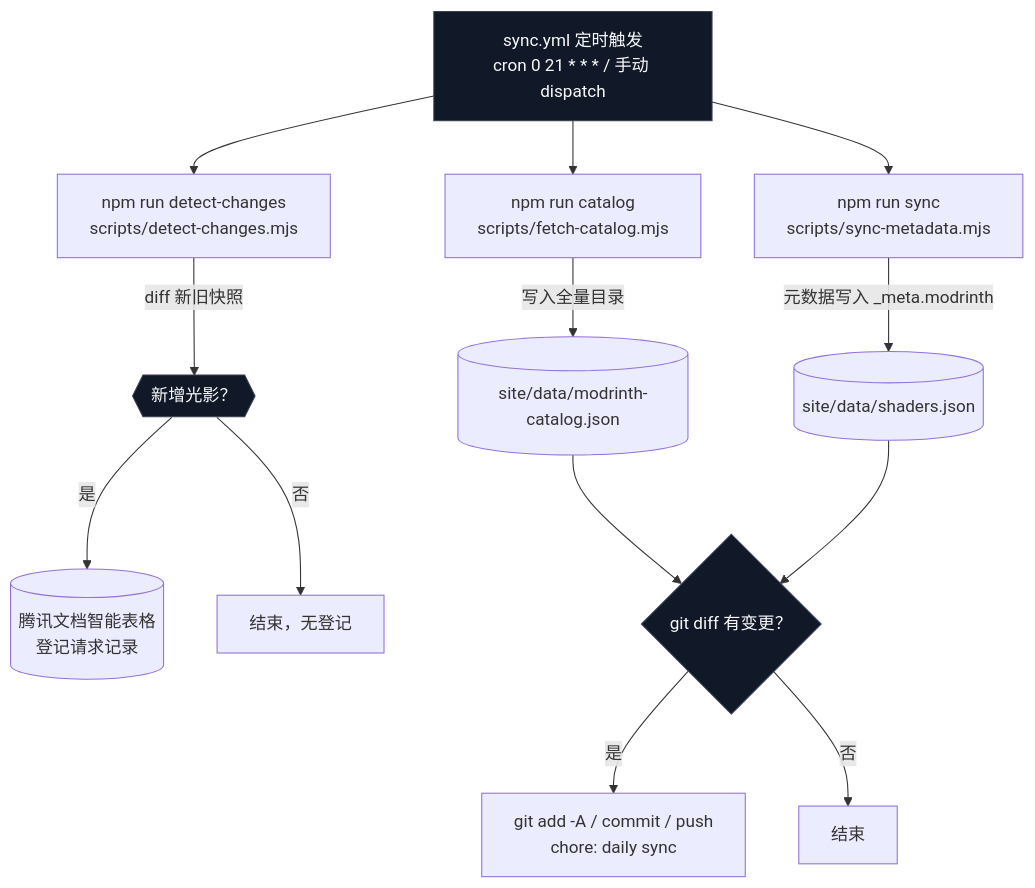
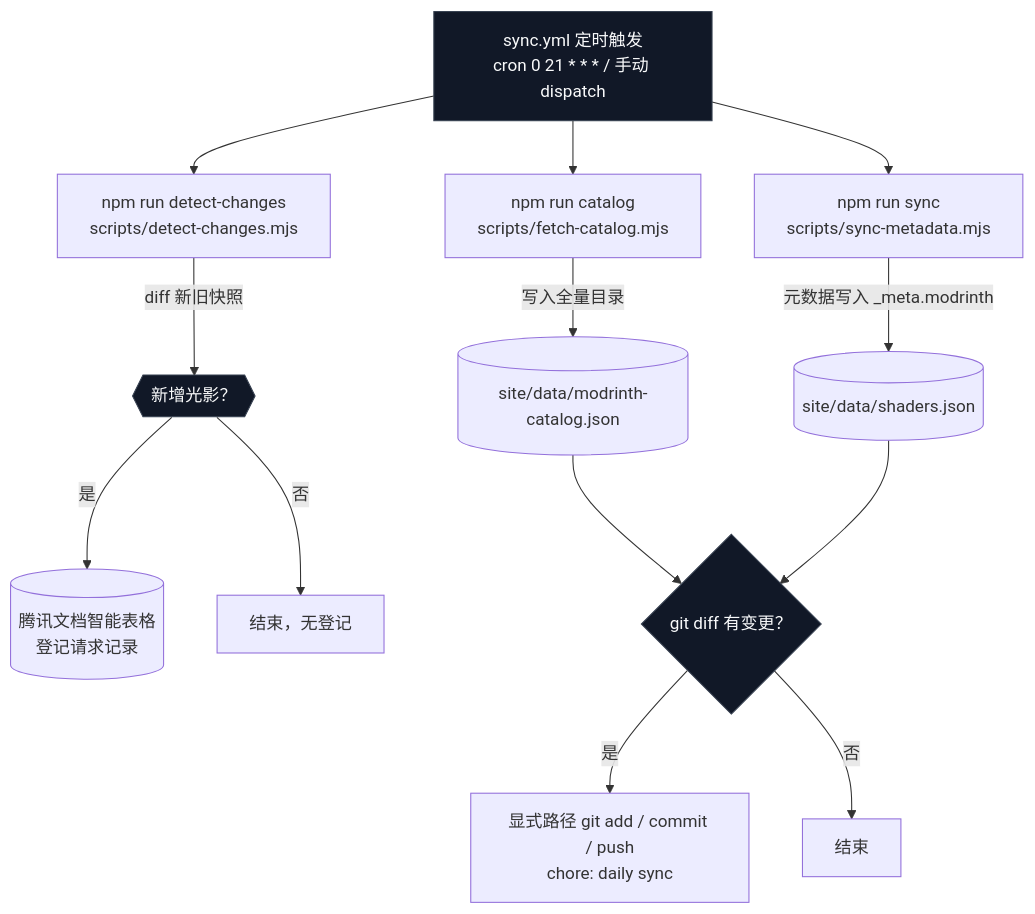
Before and after one commit to Kalloer1/shader-i18n-site: the first of 5 diagrams in FLOW.md, drawn with Mermaid. The commit also changed other lines of this file and 918 other files, not shown here.

````diff
--- a/FLOW.md
+++ b/FLOW.md
@@ -7,22 +7,21 @@
 ```mermaid
 flowchart TD
-    T["sync.yml 定时触发<br/>cron 0 21 * * * / 手动 dispatch"]
-    T --> C["npm run catalog<br/>scripts/fetch-catalog.mjs"]
+    T["sync.yml 定时触发<br/>cron 0 21 * * * / 手动 dispatch"] --> C["npm run catalog<br/>scripts/fetch-catalog.mjs"]
     T --> S["npm run sync<br/>scripts/sync-metadata.mjs"]
     T --> D["npm run detect-changes<br/>scripts/detect-changes.mjs"]
 
     C -->|"写入全量目录"| CJ[("site/data/modrinth-catalog.json")]
     S -->|"元数据写入 _meta.modrinth"| SJ[("site/data/shaders.json")]
     D -->|"diff 新旧快照"| DD{{"新增光影？"}}
     DD -->|"是"| DOCS[("腾讯文档智能表格<br/>登记请求记录")]
     DD -->|"否"| NOOP["结束，无登记"]
 
     CJ --> G{"git diff 有变更？"}
     SJ --> G
-    G -->|"是"| PUSH["git add -A / commit / push<br/>chore: daily sync"]
+    G -->|"是"| PUSH["显式路径 git add / commit / push<br/>chore: daily sync"]
     G -->|"否"| END1["结束"]
 
     style T fill:#111827,stroke:#374151,color:#f9fafb
     style DD fill:#111827,stroke:#374151,color:#f9fafb
     style G fill:#111827,stroke:#374151,color:#f9fafb
 ```
````
